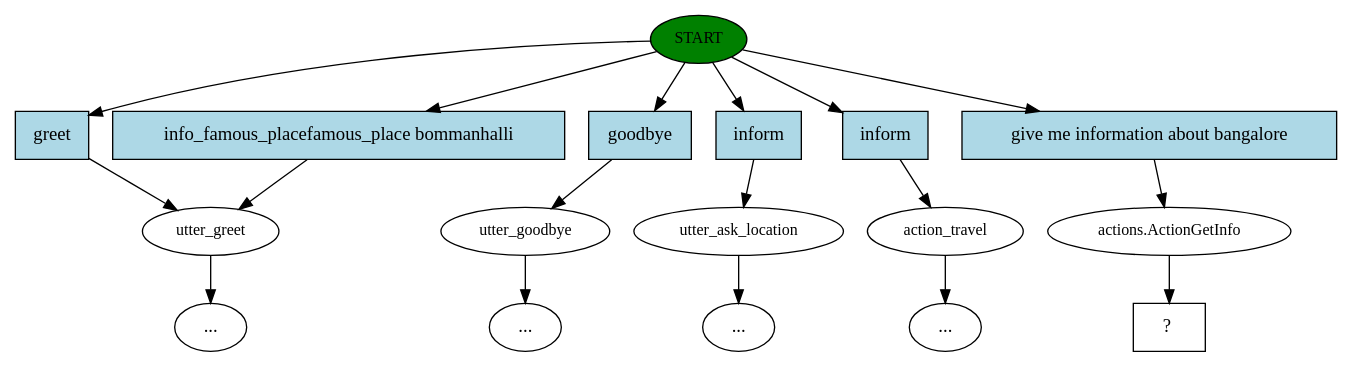
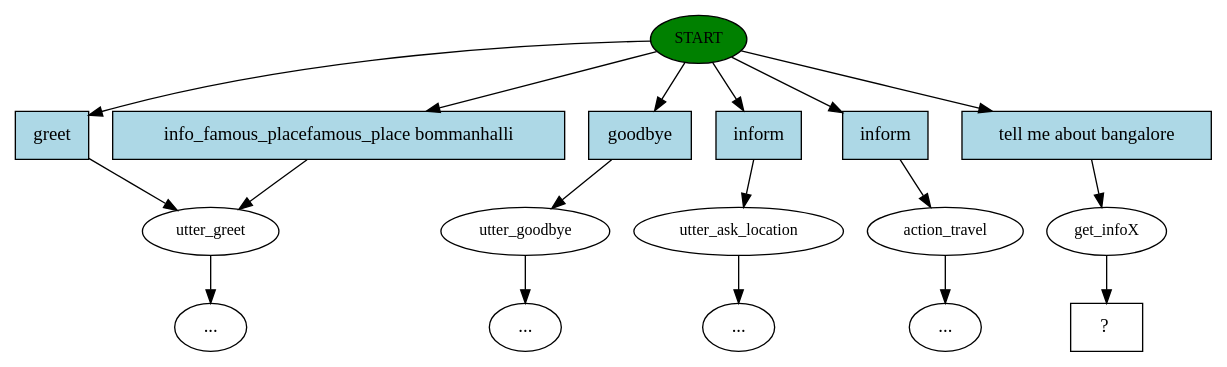
One commit to CYPHR2/Travel_Chat_Bot changed the diagram in workingCode_updated_version/story_graph.dot. Above: the diagram before and after it, drawn with Graphviz. The commit also changed 7 other files, not shown here.

```diff
--- a/workingCode_updated_version/story_graph.dot
+++ b/workingCode_updated_version/story_graph.dot
@@ -1,36 +1,36 @@
 digraph  {
 0 [class="start active", fillcolor=green, fontsize=12, label=START, style=filled];
 1 [class="", fontsize=12, label=utter_greet];
 4 [class="", fontsize=12, label=utter_goodbye];
 "-6" [class=ellipsis, label="..."];
 5 [class="", fontsize=12, label=utter_ask_location];
 "-7" [class=ellipsis, label="..."];
 6 [class="", fontsize=12, label=action_travel];
 "-8" [class=ellipsis, label="..."];
-"-15" [class=ellipsis, label="..."];
-14 [class=active, fontsize=12, label="actions.ActionGetInfo"];
-15 [class="intent dashed active", label="  ?  ", shape=rect];
-16 [class=intent, fillcolor=lightblue, label=greet, shape=rect, style=filled];
-17 [class=intent, fillcolor=lightblue, label="info_famous_placefamous_place bommanhalli", shape=rect, style=filled];
-18 [class=intent, fillcolor=lightblue, label=goodbye, shape=rect, style=filled];
-19 [class=intent, fillcolor=lightblue, label=inform, shape=rect, style=filled];
-20 [class=intent, fillcolor=lightblue, label=inform, shape=rect, style=filled];
-21 [class="intent active", fillcolor=lightblue, label="give me information about bangalore", shape=rect, style=filled];
-0 -> 16  [class="", key=0];
-0 -> 17  [class="", key=0];
+"-17" [class=ellipsis, label="..."];
+16 [class=active, fontsize=12, label=get_infoX];
+17 [class="intent dashed active", label="  ?  ", shape=rect];
+18 [class=intent, fillcolor=lightblue, label=greet, shape=rect, style=filled];
+19 [class=intent, fillcolor=lightblue, label="info_famous_placefamous_place bommanhalli", shape=rect, style=filled];
+20 [class=intent, fillcolor=lightblue, label=goodbye, shape=rect, style=filled];
+21 [class=intent, fillcolor=lightblue, label=inform, shape=rect, style=filled];
+22 [class=intent, fillcolor=lightblue, label=inform, shape=rect, style=filled];
+23 [class="intent active", fillcolor=lightblue, label="tell me about bangalore", shape=rect, style=filled];
 0 -> 18  [class="", key=0];
 0 -> 19  [class="", key=0];
 0 -> 20  [class="", key=0];
-0 -> 21  [class=active, key=0];
-1 -> "-15"  [class="", key=NONE, label=""];
+0 -> 21  [class="", key=0];
+0 -> 22  [class="", key=0];
+0 -> 23  [class=active, key=0];
+1 -> "-17"  [class="", key=NONE, label=""];
 4 -> "-6"  [class="", key=NONE, label=""];
 5 -> "-7"  [class="", key=NONE, label=""];
 6 -> "-8"  [class="", key=NONE, label=""];
-14 -> 15  [class=active, key=NONE, label=""];
-16 -> 1  [class="", key=0];
-17 -> 1  [class="", key=0];
-18 -> 4  [class="", key=0];
-19 -> 5  [class="", key=0];
-20 -> 6  [class="", key=0];
-21 -> 14  [class=active, key=0];
+16 -> 17  [class=active, key=NONE, label=""];
+18 -> 1  [class="", key=0];
+19 -> 1  [class="", key=0];
+20 -> 4  [class="", key=0];
+21 -> 5  [class="", key=0];
+22 -> 6  [class="", key=0];
+23 -> 16  [class=active, key=0];
 }
```
